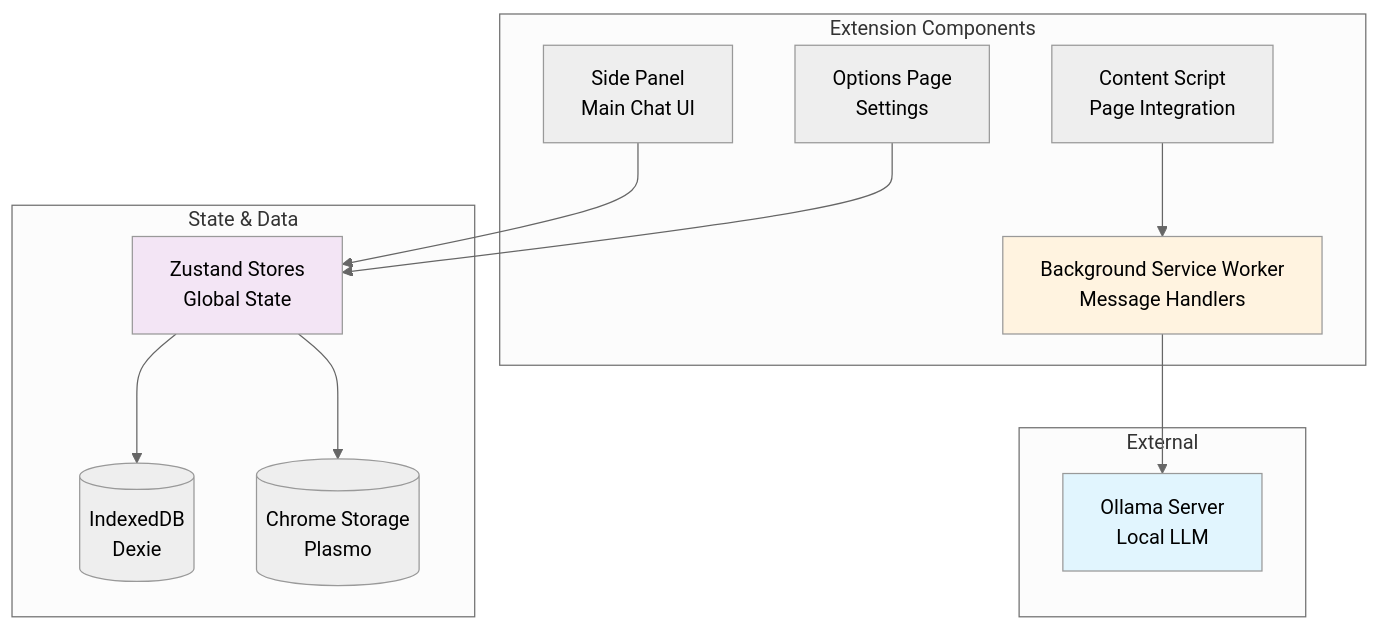
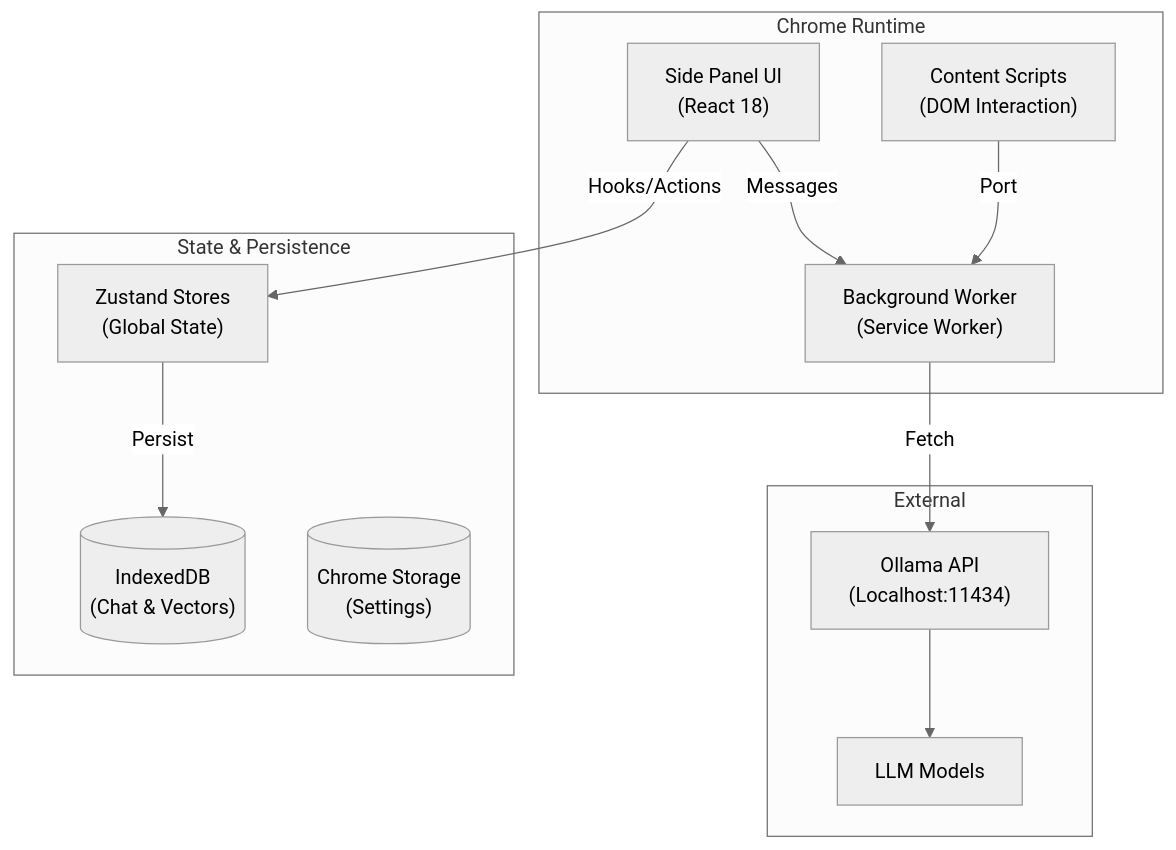
One commit to Shishir435/ollama-client changed the diagram in ARCHITECTURE.md. Above: the diagram before and after it, drawn with Mermaid (neutral theme). The commit also changed other lines of this file and 3 other files, not shown here.

Commit message:
docs: Consolidate and simplify project documentation across roadmap, architecture, analysis, and README.

````diff
--- a/ARCHITECTURE.md
+++ b/ARCHITECTURE.md
@@ -16,32 +14,26 @@
 ```mermaid
 graph TB
-    subgraph "Extension Components"
-        SP[Side Panel<br/>Main Chat UI]
-        OP[Options Page<br/>Settings]
-        CS[Content Script<br/>Page Integration]
-        BG[Background Service Worker<br/>Message Handlers]
+    subgraph ChromeRuntime [Chrome Runtime]
+        UI["Side Panel UI<br/>(React 18)"]
+        BG["Background Worker<br/>(Service Worker)"]
+        CS["Content Scripts<br/>(DOM Interaction)"]
     end
-    
-    subgraph "State & Data"
-        STORES[Zustand Stores<br/>Global State]
-        IDB[(IndexedDB<br/>Dexie)]
-        STORAGE[(Chrome Storage<br/>Plasmo)]
+
+    subgraph StatePersistence [State & Persistence]
+        Zustand["Zustand Stores<br/>(Global State)"]
+        Dexie[("IndexedDB<br/>(Chat & Vectors)")]
+        LocalStorage[("Chrome Storage<br/>(Settings)")]
     end
-    
-    subgraph "External"
-        OLLAMA[Ollama Server<br/>Local LLM]
+
+    subgraph External [External]
+        Ollama["Ollama API<br/>(Localhost:11434)"]
+        LLM["LLM Models"]
     end
-    
-    SP --> STORES
-    OP --> STORES
-    CS --> BG
-    
-    STORES --> IDB
-    STORES --> STORAGE
-    
-    BG --> OLLAMA
-    
-    style OLLAMA fill:#e1f5fe
-    style BG fill:#fff3e0
-    style STORES fill:#f3e5f5
+
+    UI -->|Hooks/Actions| Zustand
+    Zustand -->|Persist| Dexie
+    UI -->|Messages| BG
+    BG -->|Fetch| Ollama
+    Ollama --> LLM
+    CS -->|Port| BG
 ```
````
